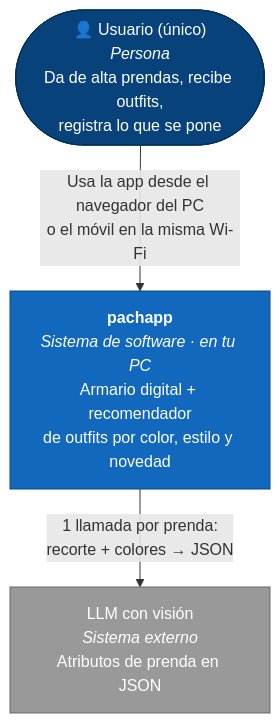
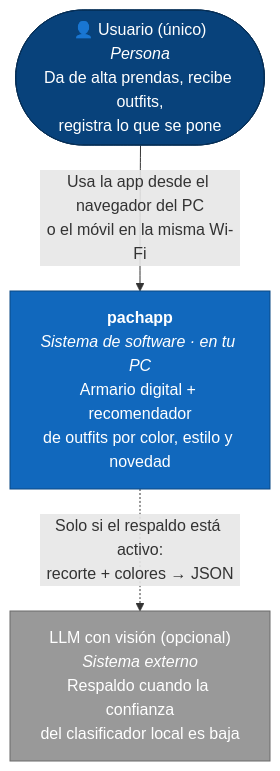
One commit to ed-paredes/pachapp changed the first of 6 diagrams in docs/architecture/c4.md. Above: the diagram before and after it, drawn with Mermaid. The commit also changed other lines of this file and 6 other files, not shown here.

````diff
--- a/docs/architecture/c4.md
+++ b/docs/architecture/c4.md
@@ -13,18 +13,18 @@
 ```mermaid
 flowchart TB
     user(["👤 Usuario (único)<br/><i>Persona</i><br/>Da de alta prendas, recibe outfits,<br/>registra lo que se pone"])
 
     pachapp["<b>pachapp</b><br/><i>Sistema de software · en tu PC</i><br/>Armario digital + recomendador<br/>de outfits por color, estilo y novedad"]
 
-    llm["LLM con visión<br/><i>Sistema externo</i><br/>Atributos de prenda en JSON"]
+    llm["LLM con visión (opcional)<br/><i>Sistema externo</i><br/>Respaldo cuando la confianza<br/>del clasificador local es baja"]
 
     user -- "Usa la app desde el navegador del PC<br/>o el móvil en la misma Wi-Fi" --> pachapp
-    pachapp -- "1 llamada por prenda:<br/>recorte + colores → JSON" --> llm
+    pachapp -. "Solo si el respaldo está activo:<br/>recorte + colores → JSON" .-> llm
 
     classDef person fill:#08427b,color:#fff,stroke:#052e56
     classDef system fill:#1168bd,color:#fff,stroke:#0b4884
     classDef ext fill:#999,color:#fff,stroke:#6b6b6b
     class user person
     class pachapp system
     class llm ext
 ```
````
